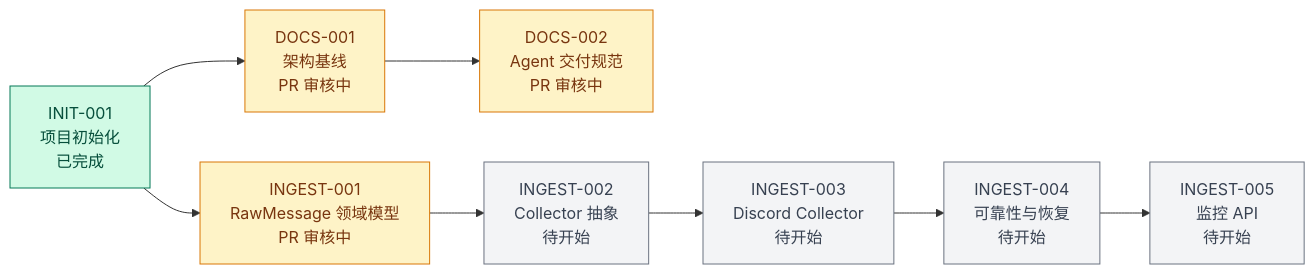
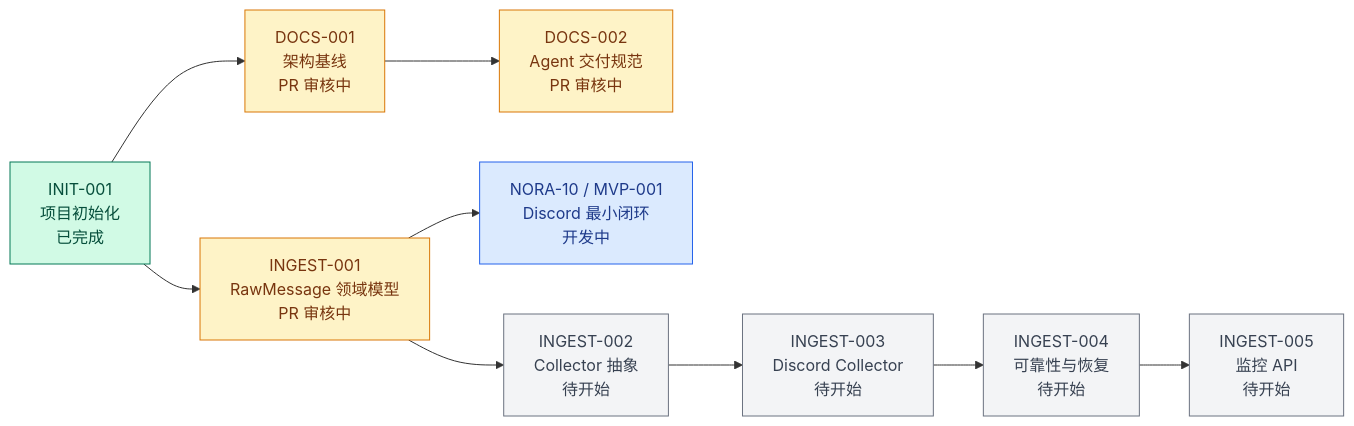
The first of 2 diagrams in docs/PROJECT_STATUS.md (norafu-dev/ai-trading), drawn with Mermaid before and after one commit. The commit also changed other lines of this file and 14 other files, not shown here.

````diff
--- a/docs/PROJECT_STATUS.md
+++ b/docs/PROJECT_STATUS.md
@@ -35,22 +36,26 @@
 ```mermaid
 flowchart LR
     INIT["INIT-001<br/>项目初始化<br/>已完成"]
     DOCS1["DOCS-001<br/>架构基线<br/>PR 审核中"]
     INGEST1["INGEST-001<br/>RawMessage 领域模型<br/>PR 审核中"]
     DOCS2["DOCS-002<br/>Agent 交付规范<br/>PR 审核中"]
+    MVP1["NORA-10 / MVP-001<br/>Discord 最小闭环<br/>开发中"]
     INGEST2["INGEST-002<br/>Collector 抽象<br/>待开始"]
     INGEST3["INGEST-003<br/>Discord Collector<br/>待开始"]
     INGEST4["INGEST-004<br/>可靠性与恢复<br/>待开始"]
     INGEST5["INGEST-005<br/>监控 API<br/>待开始"]
 
     INIT --> INGEST1 --> INGEST2 --> INGEST3 --> INGEST4 --> INGEST5
+    INGEST1 --> MVP1
     INIT --> DOCS1 --> DOCS2
 
     classDef done fill:#d1fae5,stroke:#047857,color:#064e3b;
     classDef review fill:#fef3c7,stroke:#d97706,color:#78350f;
     classDef pending fill:#f3f4f6,stroke:#6b7280,color:#374151;
 
     class INIT done;
+    classDef progress fill:#dbeafe,stroke:#2563eb,color:#1e3a8a;
     class DOCS1,INGEST1,DOCS2 review;
+    class MVP1 progress;
     class INGEST2,INGEST3,INGEST4,INGEST5 pending;
 ```
````
